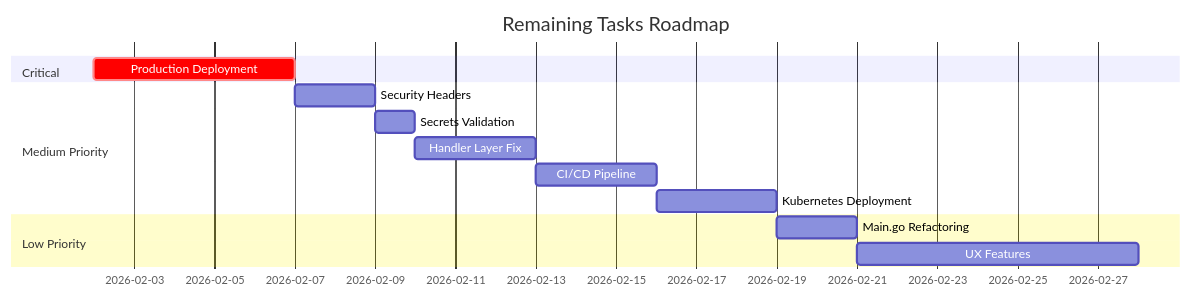
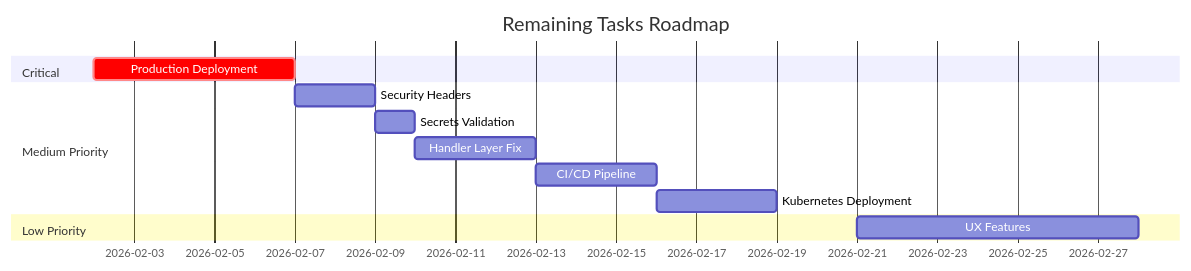
One commit to sbaerlocher/savvy changed the second of 2 diagrams in TODO.md. Above: the diagram before and after it, drawn with Mermaid. The commit also changed other lines of this file and 50 other files, not shown here.

First line of the commit message:
feat: Release version 1.6.0 with Clean Architecture completion

````diff
--- a/TODO.md
+++ b/TODO.md
@@ -34,18 +34,17 @@
 ```mermaid
 gantt
     title Remaining Tasks Roadmap
     dateFormat YYYY-MM-DD
     section Critical
     Production Deployment       :crit, b1, 2026-02-02, 5d
 
     section Medium Priority
     Security Headers            :c1, 2026-02-07, 2d
     Secrets Validation          :c2, 2026-02-09, 1d
     Handler Layer Fix           :c3, 2026-02-10, 3d
     CI/CD Pipeline             :c4, 2026-02-13, 3d
     Kubernetes Deployment      :c5, 2026-02-16, 3d
 
     section Low Priority
-    Main.go Refactoring        :d1, 2026-02-19, 2d
     UX Features                :d2, 2026-02-21, 7d
 ```
````
